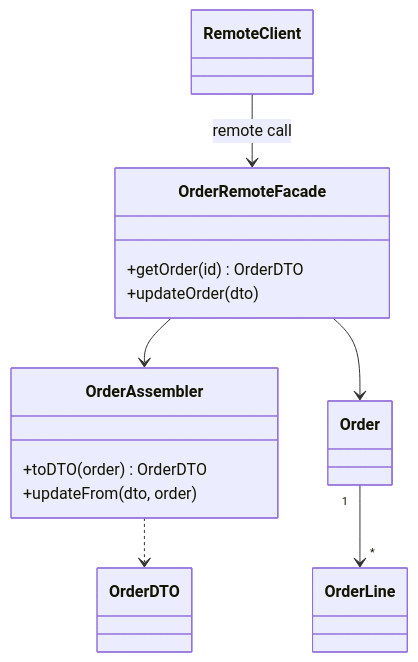
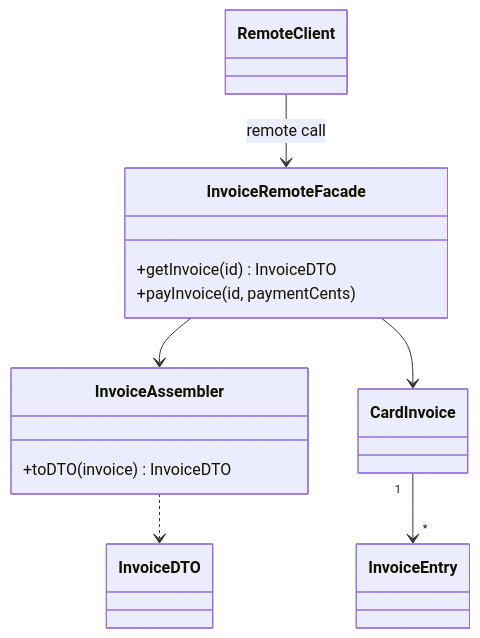
The diagram in i18n/en/docusaurus-plugin-content-docs/current/design/poeaa/distribution/remote-facade.md (alancesar/design-patterns), drawn with Mermaid before and after one commit. The commit also changed other lines of this file and 95 other files, not shown here.

First line of the commit message:
Switch PoEAA examples and diagrams to fintech scenarios

````diff
--- a/i18n/en/docusaurus-plugin-content-docs/current/design/poeaa/distribution/remote-facade.md
+++ b/i18n/en/docusaurus-plugin-content-docs/current/design/poeaa/distribution/remote-facade.md
@@ -58,20 +58,19 @@
 ```mermaid
 classDiagram
     class RemoteClient
-    class OrderRemoteFacade {
-        +getOrder(id) OrderDTO
-        +updateOrder(dto)
+    class InvoiceRemoteFacade {
+        +getInvoice(id) InvoiceDTO
+        +payInvoice(id, paymentCents)
     }
-    class OrderAssembler {
-        +toDTO(order) OrderDTO
-        +updateFrom(dto, order)
+    class InvoiceAssembler {
+        +toDTO(invoice) InvoiceDTO
     }
-    class Order
-    class OrderLine
-    class OrderDTO
-    RemoteClient --> OrderRemoteFacade : remote call
-    OrderRemoteFacade --> OrderAssembler
-    OrderRemoteFacade --> Order
-    Order "1" --> "*" OrderLine
-    OrderAssembler ..> OrderDTO
+    class CardInvoice
+    class InvoiceEntry
+    class InvoiceDTO
+    RemoteClient --> InvoiceRemoteFacade : remote call
+    InvoiceRemoteFacade --> InvoiceAssembler
+    InvoiceRemoteFacade --> CardInvoice
+    CardInvoice "1" --> "*" InvoiceEntry
+    InvoiceAssembler ..> InvoiceDTO
 ```
````
